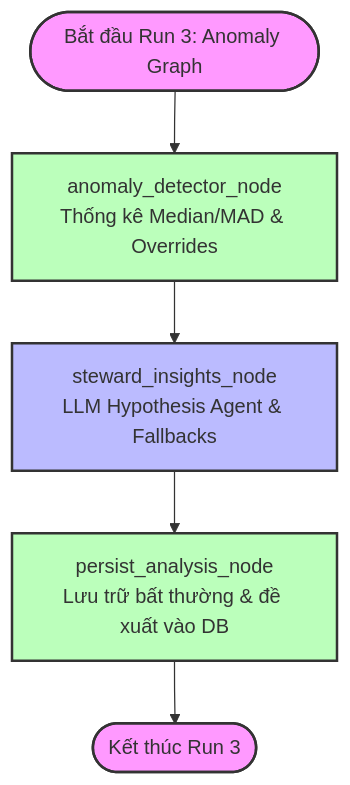
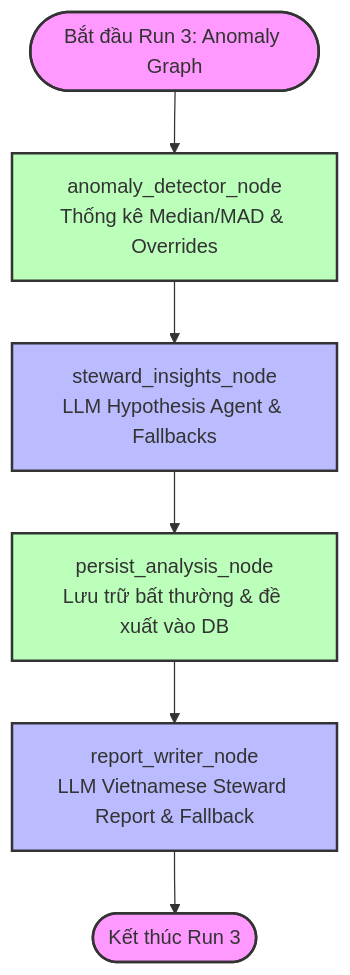
Before and after one commit to Phongnhv/P_28_Deploy: the second of 2 diagrams in docs/run2_run3_agent_workflow.md, drawn with Mermaid. The commit also changed other lines of this file and 1 other file, not shown here.

Commit message:
docs: add comprehensive documentation for Run 2 graph review and Run 3 implementation plans

````diff
--- a/docs/run2_run3_agent_workflow.md
+++ b/docs/run2_run3_agent_workflow.md
@@ -76,18 +78,19 @@
 ```mermaid
 graph TD
     %% Styling
     classDef startEnd fill:#f9f,stroke:#333,stroke-width:2px;
     classDef agent fill:#bbf,stroke:#333,stroke-width:2px;
     classDef db fill:#bfb,stroke:#333,stroke-width:2px;
 
     START([Bắt đầu Run 3: Anomaly Graph]) --> anomaly_detector[anomaly_detector_node<br>Thống kê Median/MAD & Overrides]
     
     anomaly_detector --> steward_insights[steward_insights_node<br>LLM Hypothesis Agent & Fallbacks]
     steward_insights --> persist_analysis[persist_analysis_node<br>Lưu trữ bất thường & đề xuất vào DB]
+    persist_analysis --> report_writer[report_writer_node<br>LLM Vietnamese Steward Report & Fallback]
     
-    persist_analysis --> END([Kết thúc Run 3])
+    report_writer --> END([Kết thúc Run 3])
 
     class START,END startEnd;
-    class steward_insights agent;
+    class steward_insights,report_writer agent;
     class anomaly_detector,persist_analysis db;
 ```
````
